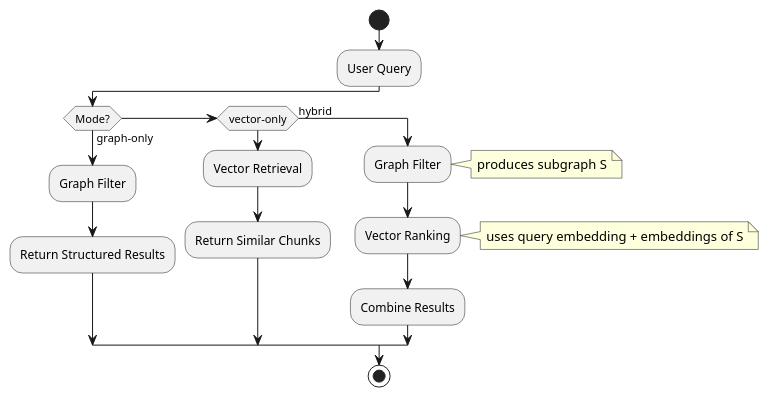
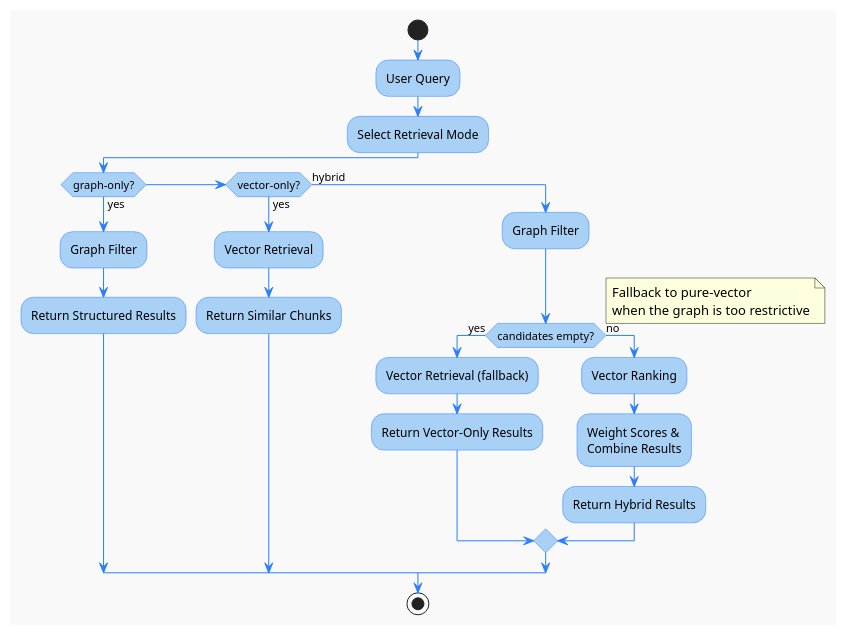
The diagram in aipa/llm-elevated/ch07-lecture-04.adoc (InquiryInstitute/AIPA), drawn with PlantUML before and after one commit. The commit also changed other lines of this file and 128 other files, not shown here.

```diff
--- a/aipa/llm-elevated/ch07-lecture-04.adoc
+++ b/aipa/llm-elevated/ch07-lecture-04.adoc
@@ -173,21 +183,32 @@
 [plantuml,ch07-l04,png,theme=cerulean]
 ....
 @startuml
+skinparam backgroundColor #F9F9F9
+skinparam ArrowColor #2A7FFF
+skinparam ActivityBorderColor #2A7FFF
+skinparam ActivityBackgroundColor #A9D0F5
+
 start
 :User Query;
-if (Mode?) then (graph‑only)
+:Select Retrieval Mode;
+if (graph‑only?) then (yes)
   :Graph Filter;
   :Return Structured Results;
-elseif (vector‑only)
+elseif (vector‑only?) then (yes)
   :Vector Retrieval;
   :Return Similar Chunks;
 else (hybrid)
   :Graph Filter;
-  note right: produces subgraph S
-  :Vector Ranking;
-  note right: uses query embedding + embeddings of S
-  :Combine Results;
+  if (candidates empty?) then (yes)
+    note right: Fallback to pure‑vector\nwhen the graph is too restrictive
+    :Vector Retrieval (fallback);
+    :Return Vector‑Only Results;
+  else (no)
+    :Vector Ranking;
+    :Weight Scores &\nCombine Results;
+    :Return Hybrid Results;
+  endif
 endif
 stop
 @enduml
 ....
```
